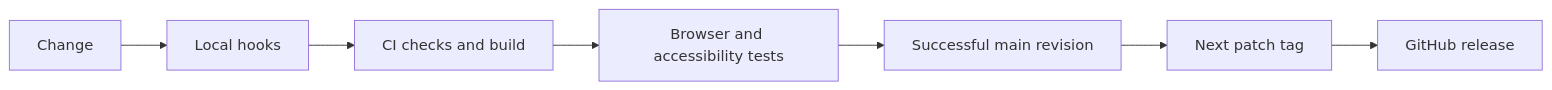
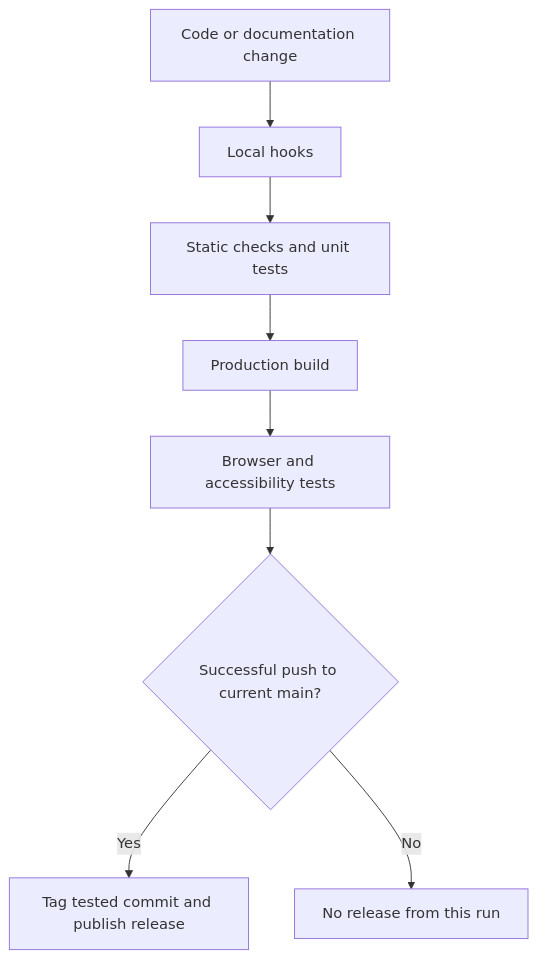
One commit to nicholasadamou/iconforge changed the fourth of 4 diagrams in docs/architecture.md. Above: the diagram before and after it, drawn with Mermaid. The commit also changed other lines of this file and 28 other files, not shown here.

````diff
--- a/docs/architecture.md
+++ b/docs/architecture.md
@@ -32,9 +104,10 @@
 ```mermaid
-flowchart LR
-  Edit[Change] --> Hook[Local hooks]
-  Hook --> CI[CI checks and build]
-  CI --> Tests[Browser and accessibility tests]
-  Tests --> Main[Successful main revision]
-  Main --> Tag[Next patch tag]
-  Tag --> Release[GitHub release]
+flowchart TD
+  Change[Code or documentation change] --> Local[Local hooks]
+  Local --> CI[Static checks and unit tests]
+  CI --> Build[Production build]
+  Build --> Browser[Browser and accessibility tests]
+  Browser --> Main{Successful push to current main?}
+  Main -->|Yes| Release[Tag tested commit and publish release]
+  Main -->|No| Stop[No release from this run]
 ```
````
